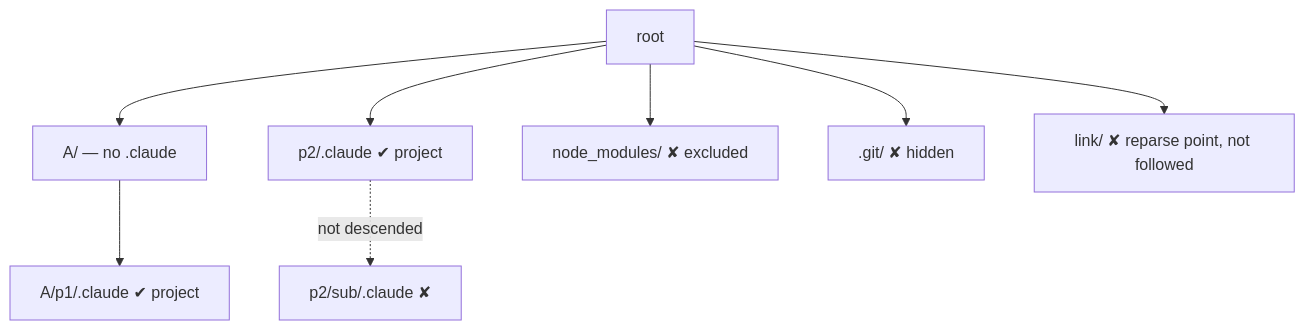
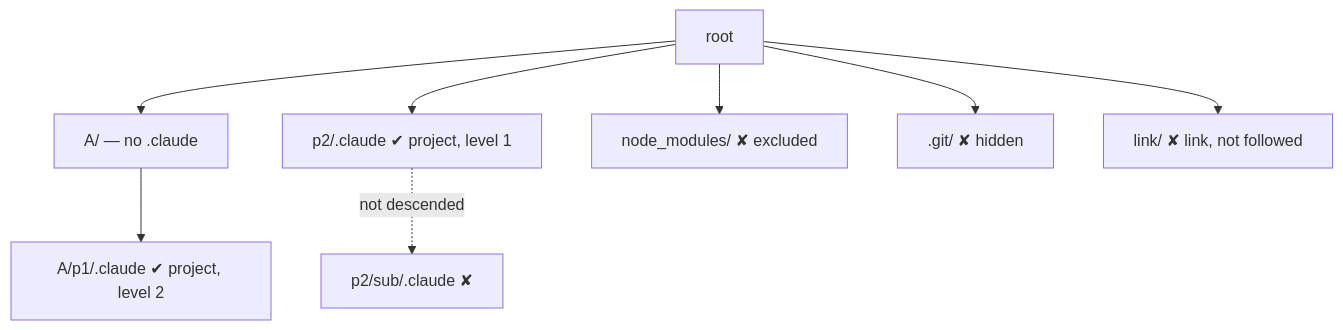
The second of 4 diagrams in _specs/45-discovery-nested-folders.md (zyggy-org/zyggy), drawn with Mermaid before and after one commit. The commit also changed other lines of this file and 2 other files, not shown here.

````diff
--- a/_specs/45-discovery-nested-folders.md
+++ b/_specs/45-discovery-nested-folders.md
@@ -66,8 +76,8 @@
 ```mermaid
 flowchart TD
-  R[root] --> A[A/ — no .claude] --> P1[A/p1/.claude ✔ project]
-  R --> P2[p2/.claude ✔ project] -.not descended.-> S[p2/sub/.claude ✘]
+  R[root] --> A[A/ — no .claude] --> P1[A/p1/.claude ✔ project, level 2]
+  R --> P2[p2/.claude ✔ project, level 1] -.not descended.-> S[p2/sub/.claude ✘]
   R --> N[node_modules/ ✘ excluded]
   R --> H[.git/ ✘ hidden]
-  R --> L[link/ ✘ reparse point, not followed]
+  R --> L[link/ ✘ link, not followed]
 ```
````
